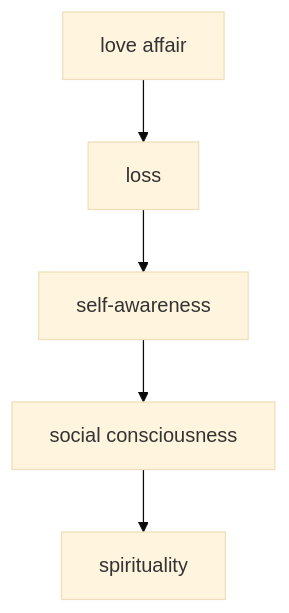
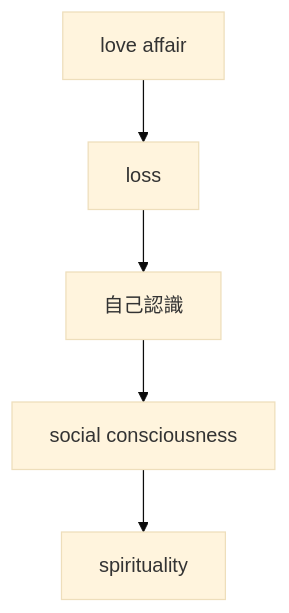
The first of 3 diagrams in en/_posts/2026-03-21-column-lauryn-hill.md (monumental-movement/monumental-movement.github.io), drawn with Mermaid (base theme) before and after one commit. The commit also changed other lines of this file and 2196 other files, not shown here.

```diff
--- a/en/_posts/2026-03-21-column-lauryn-hill.md
+++ b/en/_posts/2026-03-21-column-lauryn-hill.md
@@ -97,7 +97,7 @@
 <div class="mermaid">
 graph TD
 A[love affair] --> B[loss]
-B --> C[self-awareness]
+B --> C[自己認識]
 C --> D[social consciousness]
 D --> E[spirituality]
 </div>
```
